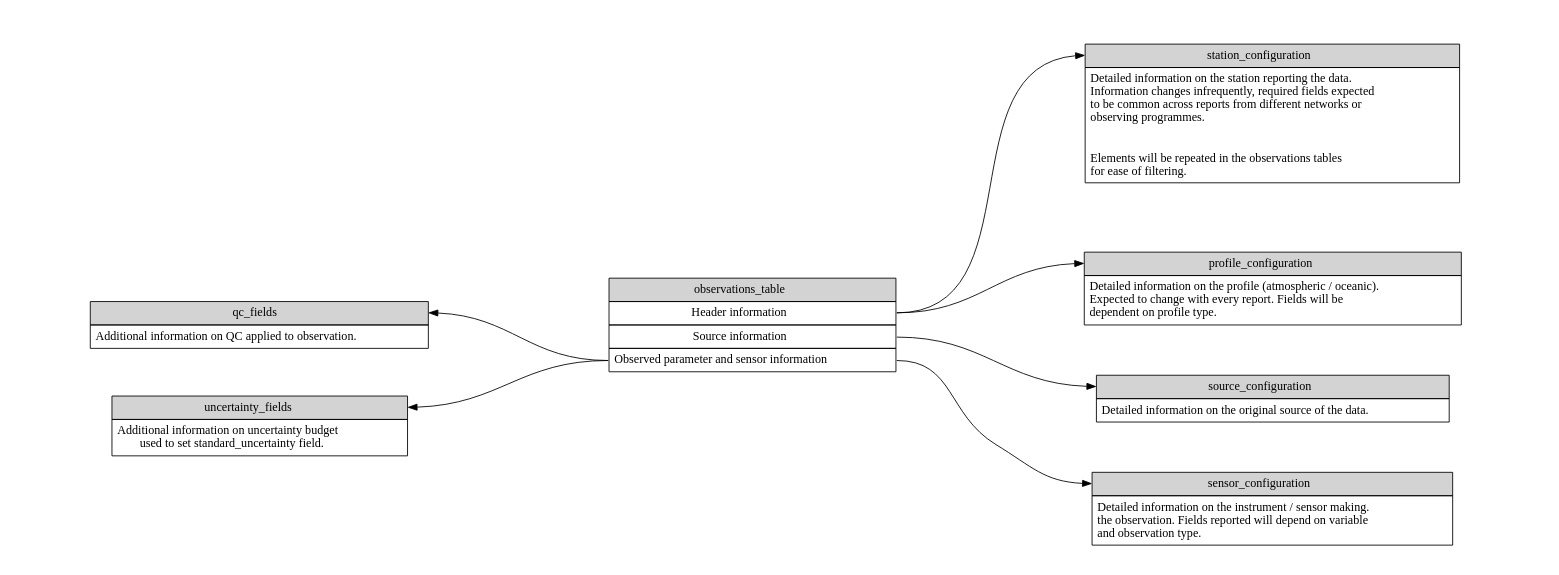
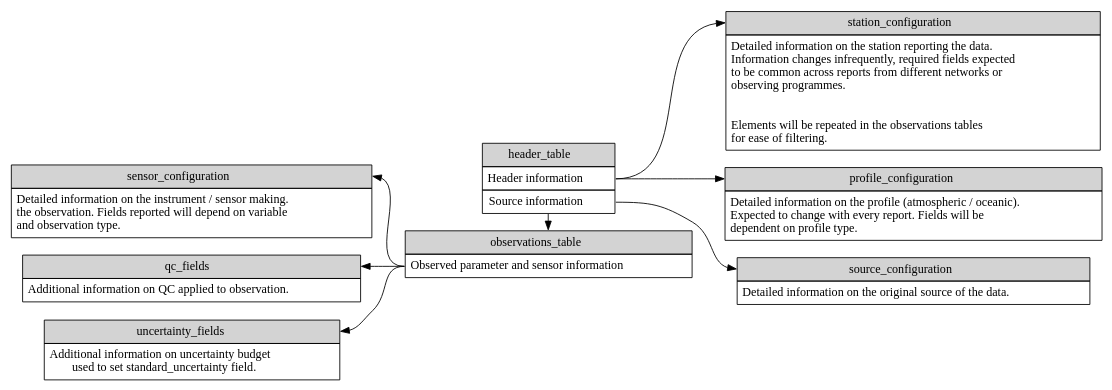
Before and after one commit to glamod/common_data_model: the diagram in graphviz/cdm_schematic_simple.gv, drawn with Graphviz. The commit also changed 166 other files, not shown here.

```diff
--- a/graphviz/cdm_schematic_simple.gv
+++ b/graphviz/cdm_schematic_simple.gv
@@ -1,58 +1,70 @@
 digraph {
-  node [color=white]
+  #node [color=white]
+  node [margin="0.01" shape=plaintext]
   rankdir=LR;
+  header_table [label=<<TABLE BORDER="0" CELLBORDER="1" CELLSPACING="0" CELLPADDING="5" COLOR="BLACK">
+                                <TR><TD PORT="head" COLSPAN="1" ALIGN="center" BGCOLOR="lightgray">header_table</TD></TR>
+                                <TR><TD PORT="header">Header information</TD></TR>
+                                <TR><TD PORT="source">Source information</TD></TR>
+                             </TABLE>>]
+
   observations_table [label=<<TABLE BORDER="0" CELLBORDER="1" CELLSPACING="0" CELLPADDING="5" COLOR="BLACK">
-                                <TR><TD COLSPAN="1" ALIGN="center" BGCOLOR="lightgray">observations_table</TD></TR>
-                                <TR><TD PORT="head">Header information</TD></TR>
-                                <TR><TD PORT="source">Source information</TD></TR>
+                                <TR><TD PORT="head" COLSPAN="1" ALIGN="center" BGCOLOR="lightgray">observations_table</TD></TR>
                                 <TR><TD PORT="sensor">Observed parameter and sensor information</TD></TR>
                              </TABLE>>]
 
 
   station_configuration [label=<<TABLE BORDER="0" CELLBORDER="1" CELLSPACING="0" CELLPADDING="5" COLOR="BLACK" WIDTH="200px">
                                 <TR><TD COLSPAN="1" ALIGN="center" BGCOLOR="lightgray" PORT="head">station_configuration</TD></TR>
                                 <TR><TD>Detailed information on the station reporting the data.<BR ALIGN="LEFT"/>
 Information changes infrequently, required fields expected<BR ALIGN="LEFT"/>
 to be common across reports from different networks or <BR ALIGN="LEFT"/>observing programmes.<BR ALIGN="LEFT"/><BR/>&nbsp;
 <BR ALIGN="LEFT"/>
 Elements will be repeated in the observations tables <BR ALIGN="left"/>for ease of filtering.<BR ALIGN="LEFT"/></TD></TR>
                              </TABLE>>]
 
 profile_configuration [label=<<TABLE BORDER="0" CELLBORDER="1" CELLSPACING="0" CELLPADDING="5" COLOR="BLACK" WIDTH="200px">
                                 <TR><TD COLSPAN="1" ALIGN="center" BGCOLOR="lightgray" PORT="head">profile_configuration</TD></TR>
                                 <TR><TD>Detailed information on the profile (atmospheric / oceanic).<BR ALIGN="LEFT"/>
 Expected to change with every report. Fields will be<BR ALIGN="LEFT"/>
 dependent on profile type.<BR ALIGN="LEFT"/></TD></TR>
                              </TABLE>>]
 
 source_configuration [label=<<TABLE BORDER="0" CELLBORDER="1" CELLSPACING="0" CELLPADDING="5" COLOR="BLACK" WIDTH="200px">
                                 <TR><TD COLSPAN="1" ALIGN="center" BGCOLOR="lightgray" PORT="head">source_configuration</TD></TR>
                                 <TR><TD>Detailed information on the original source of the data.<BR ALIGN="LEFT"/></TD></TR>
                              </TABLE>>]
 
 sensor_configuration [label=<<TABLE BORDER="0" CELLBORDER="1" CELLSPACING="0" CELLPADDING="5" COLOR="BLACK" WIDTH="200px">
                                 <TR><TD COLSPAN="1" ALIGN="center" BGCOLOR="lightgray" PORT="head">sensor_configuration</TD></TR>
                                 <TR><TD>
 Detailed information on the instrument / sensor making.<BR ALIGN="LEFT"/>
 the observation. Fields reported will depend on variable<BR ALIGN="LEFT"/>
 and observation type.<BR ALIGN="LEFT"/></TD></TR>
                              </TABLE>>]
 
 qc_fields [label=<<TABLE BORDER="0" CELLBORDER="1" CELLSPACING="0" CELLPADDING="5" COLOR="BLACK" WIDTH="200px">
                                 <TR><TD COLSPAN="1" ALIGN="center" BGCOLOR="lightgray" PORT="head">qc_fields</TD></TR>
                                 <TR><TD>Additional information on QC applied to observation.</TD></TR></TABLE>>]
 
 uncertainty_fields [label=<<TABLE BORDER="0" CELLBORDER="1" CELLSPACING="0" CELLPADDING="5" COLOR="BLACK" WIDTH="200px">
                                 <TR><TD COLSPAN="1" ALIGN="center" BGCOLOR="lightgray" PORT="head">uncertainty_fields</TD></TR>
                                 <TR><TD>
 Additional information on uncertainty budget <BR ALIGN="LEFT"/>
 used to set standard_uncertainty field.</TD></TR></TABLE>>]
 
 
-  observations_table:head -> station_configuration:head;
-  observations_table:head -> profile_configuration:head;
-  observations_table:source -> source_configuration:head;
-  observations_table:sensor -> sensor_configuration:head;
+  
+  {
+    rank=same;
+    header_table;
+    observations_table;
+  }
+  header_table -> observations_table;
+  header_table:header -> station_configuration:head;
+  header_table:header -> profile_configuration:head;
+  header_table:source -> source_configuration:head;
   qc_fields:head -> observations_table:sensor [arrowhead=none, dir=both, arrowtail=normal];
   uncertainty_fields:head -> observations_table:sensor [arrowhead=none, dir=both, arrowtail=normal];
+  sensor_configuration:head -> observations_table:sensor [arrowhead=none, dir=both, arrowtail=normal];
 }
```
